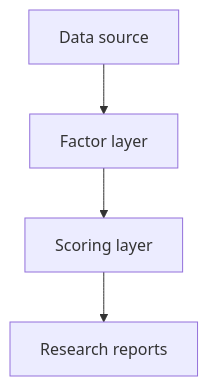
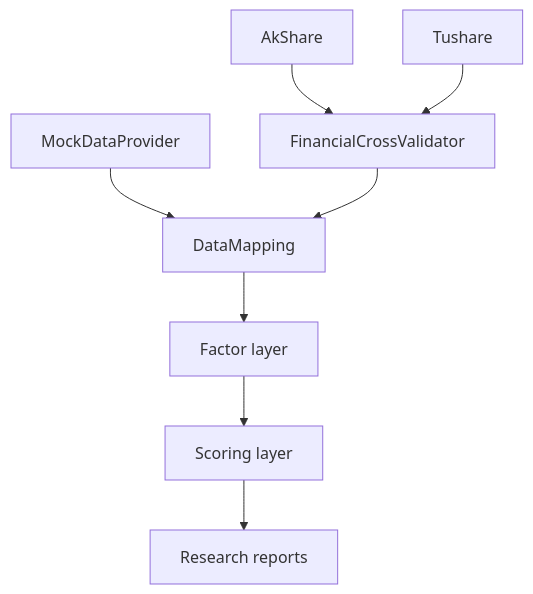
The diagram in docs/data_architecture.md (krdscent-dev/quant-v7), drawn with Mermaid before and after one commit. The commit also changed other lines of this file and 9 other files, not shown here.

Commit message:
add tushare financial cross validation

````diff
--- a/docs/data_architecture.md
+++ b/docs/data_architecture.md
@@ -7,6 +7,10 @@
 ```mermaid
 flowchart TD
-  A["Data source"] --> B["Factor layer"]
-  B --> C["Scoring layer"]
-  C --> D["Research reports"]
+  A["AkShare"] --> C["FinancialCrossValidator"]
+  B["Tushare"] --> C
+  D["MockDataProvider"] --> E["DataMapping"]
+  C --> E["DataMapping"]
+  E --> F["Factor layer"]
+  F --> G["Scoring layer"]
+  G --> H["Research reports"]
 ```
````
